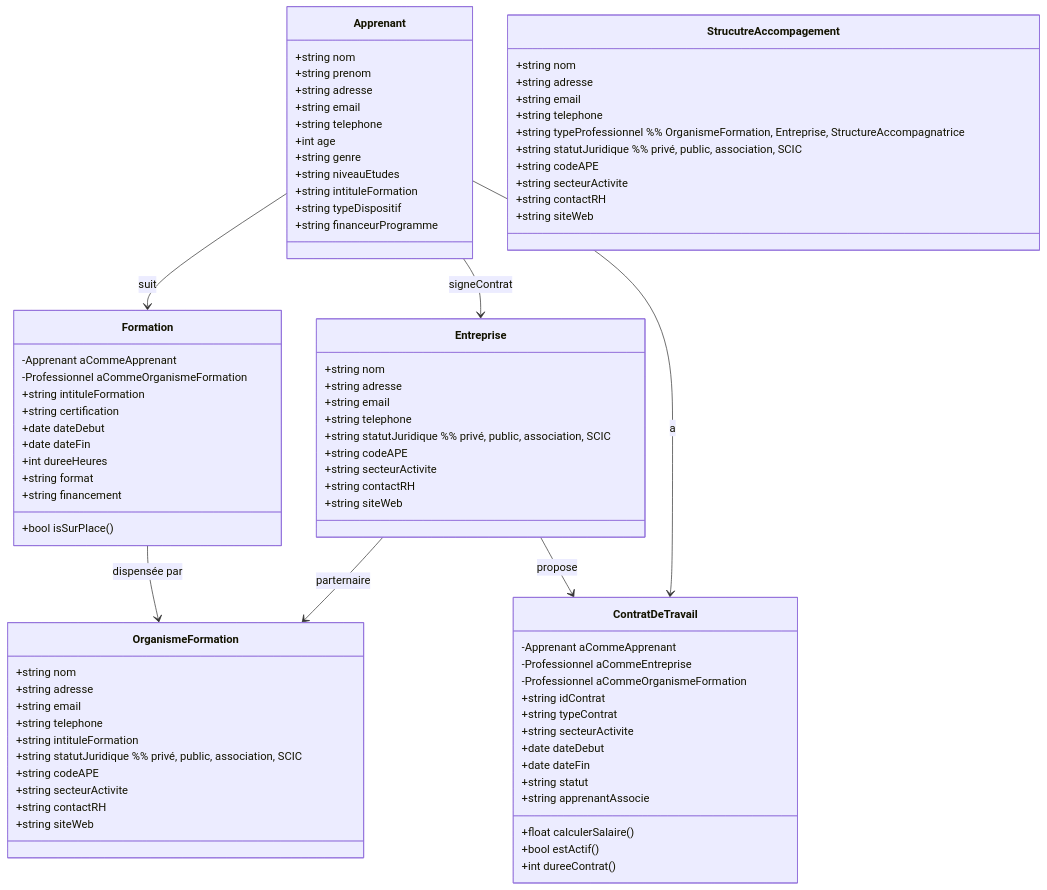
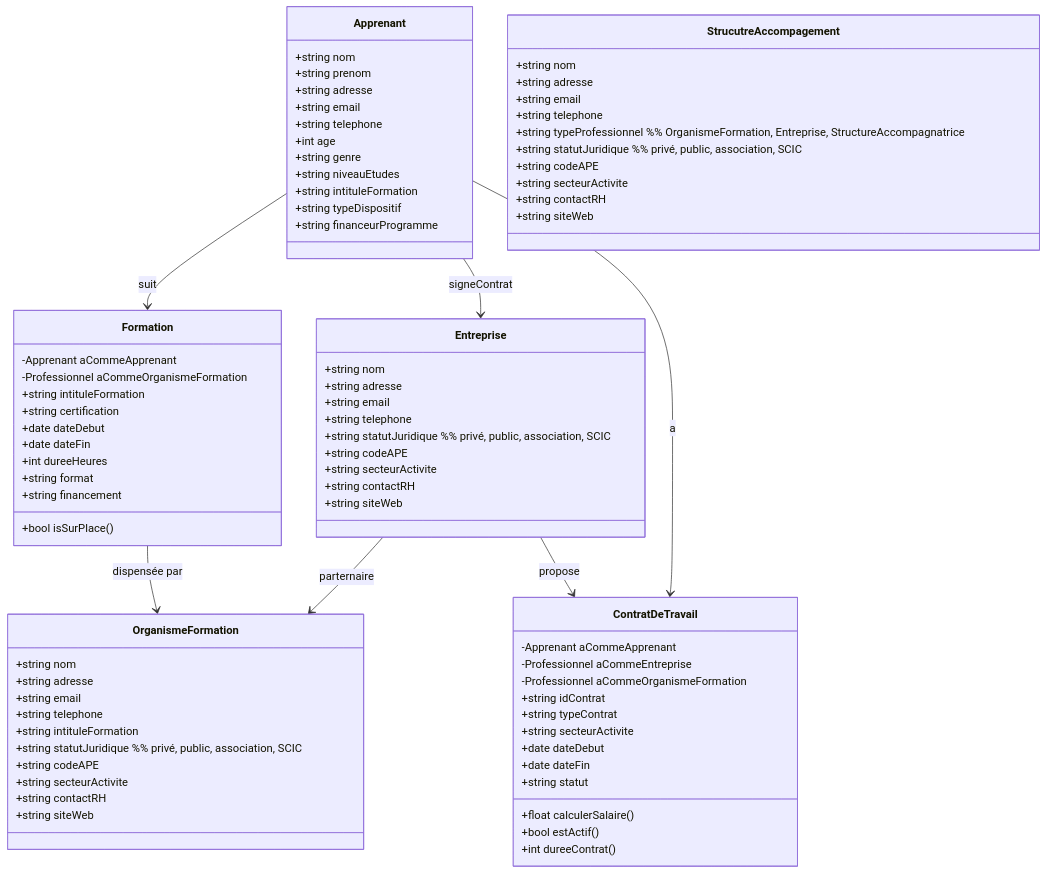
Before and after one commit to bouzidifatimazohra00-ux/inclusion-numerique-93: the diagram in acteurs.md, drawn with Mermaid.

Commit message:
Remove 'apprenantAssocie' from acteurs structure
Removed 'apprenantAssocie' field from the structure.

```diff
--- a/acteurs.md
+++ b/acteurs.md
@@ -62,7 +62,6 @@
   +date dateDebut
   +date dateFin
   +string statut
-  +string apprenantAssocie
   +float calculerSalaire()     
   +bool estActif()
   +int dureeContrat()
```
